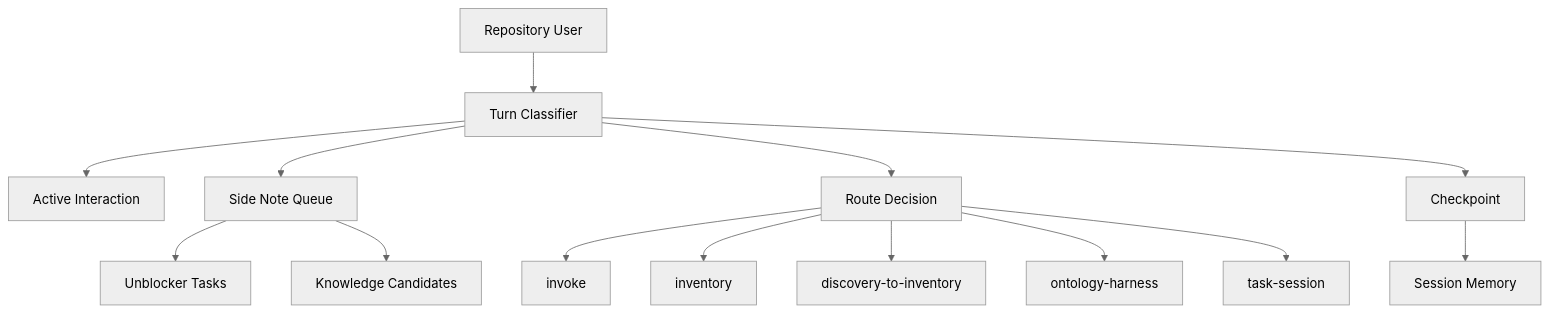
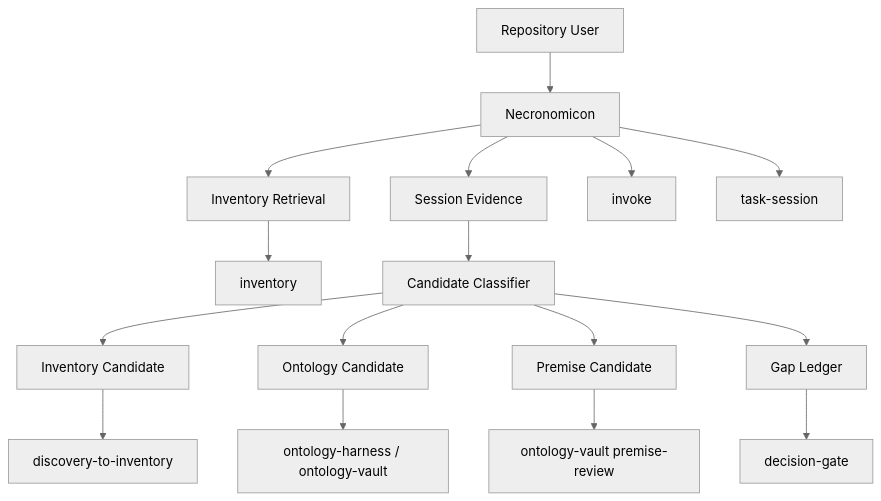
One commit to cyberAlchemyAI/Arcanum changed the diagram in spells/necronomicon/development/DEFINE.md. Above: the diagram before and after it, drawn with Mermaid (neutral theme). The commit also changed other lines of this file and 16 other files, not shown here.

Commit message:
Reframe necronomicon around knowledge substrate

````diff
--- a/spells/necronomicon/development/DEFINE.md
+++ b/spells/necronomicon/development/DEFINE.md
@@ -47,16 +80,18 @@
 ```mermaid
 graph TD
-    User[Repository User] --> Router[Turn Classifier]
-    Router --> Active[Active Interaction]
-    Router --> SideNotes[Side Note Queue]
-    Router --> Routes[Route Decision]
-    Router --> Checkpoints[Checkpoint]
-    Routes --> Invoke[invoke]
-    Routes --> Inventory[inventory]
-    Routes --> Discovery[discovery-to-inventory]
-    Routes --> Ontology[ontology-harness]
-    Routes --> Task[task-session]
-    SideNotes --> Unblockers[Unblocker Tasks]
-    SideNotes --> Candidates[Knowledge Candidates]
-    Checkpoints --> Memory[Session Memory]
+    User[Repository User] --> Neo[Necronomicon]
+    Neo --> Retrieve[Inventory Retrieval]
+    Retrieve --> Inventory[inventory]
+    Neo --> Evidence[Session Evidence]
+    Evidence --> Candidates[Candidate Classifier]
+    Candidates --> InvCand[Inventory Candidate]
+    Candidates --> OntCand[Ontology Candidate]
+    Candidates --> Premise[Premise Candidate]
+    Candidates --> Gaps[Gap Ledger]
+    InvCand --> DTI[discovery-to-inventory]
+    OntCand --> OH[ontology-harness / ontology-vault]
+    Premise --> OV[ontology-vault premise-review]
+    Gaps --> DG[decision-gate]
+    Neo --> Invoke[invoke]
+    Neo --> Task[task-session]
 ```
````
